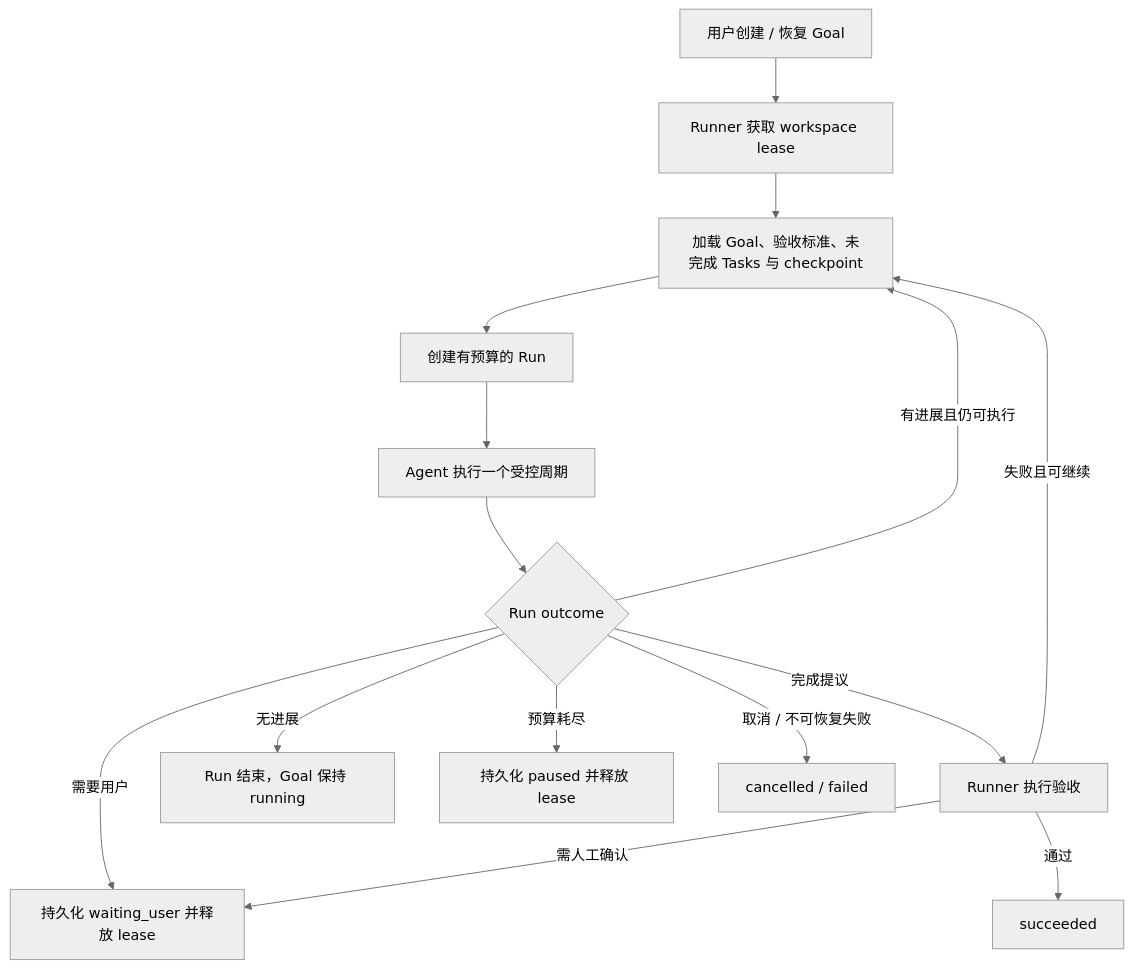
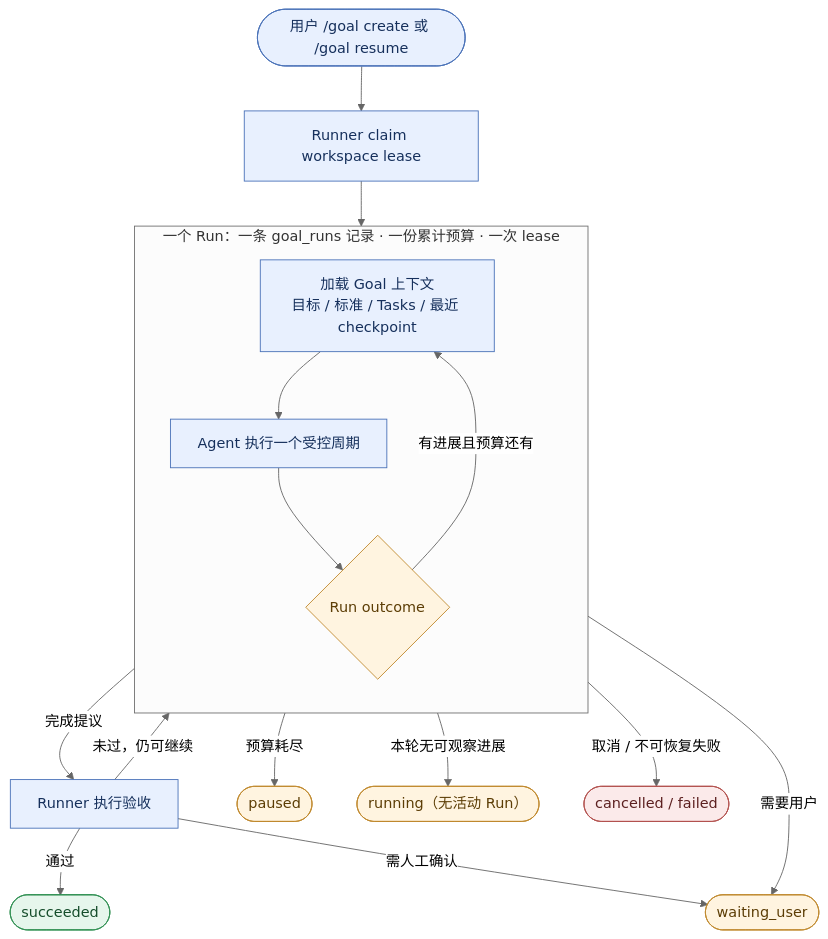
The second of 2 diagrams in book/28_chapter_goal_zh.md (rust-infra/tact), drawn with Mermaid (neutral theme) before and after one commit. The commit also changed other lines of this file and 23 other files, not shown here.

First line of the commit message:
fix(goal): tell a gone lease holder from an unreadable one

````diff
--- a/book/28_chapter_goal_zh.md
+++ b/book/28_chapter_goal_zh.md
@@ -178,17 +235,34 @@
 ```mermaid
 flowchart TD
-    user[用户创建 / 恢复 Goal] --> claim[Runner 获取 workspace lease]
-    claim --> load[加载 Goal、验收标准、未完成 Tasks 与 checkpoint]
-    load --> run[创建有预算的 Run]
-    run --> agent[Agent 执行一个受控周期]
-    agent --> outcome{Run outcome}
-    outcome -->|有进展且仍可执行| load
-    outcome -->|需要用户| wait[持久化 waiting_user 并释放 lease]
-    outcome -->|完成提议| verify[Runner 执行验收]
-    verify -->|通过| success[succeeded]
-    verify -->|失败且可继续| load
-    verify -->|需人工确认| wait
-    outcome -->|无进展| keep[Run 结束，Goal 保持 running]
-    outcome -->|预算耗尽| pause[持久化 paused 并释放 lease]
-    outcome -->|取消 / 不可恢复失败| terminal[cancelled / failed]
+    entry(["用户 /goal create 或 /goal resume"]) --> claim["Runner claim workspace lease"]
+    claim --> load
+
+    subgraph run["一个 Run：一条 goal_runs 记录 · 一份累计预算 · 一次 lease"]
+        direction TB
+        load["加载 Goal 上下文<br/>目标 / 标准 / Tasks / 最近 checkpoint"]
+        act["Agent 执行一个受控周期"]
+        outcome{"Run outcome"}
+        load --> act --> outcome
+    end
+
+    outcome -->|"有进展且预算还有"| load
+    outcome -->|"完成提议"| verify["Runner 执行验收"]
+    verify -->|"通过"| success(["succeeded"])
+    verify -->|"未过，仍可继续"| load
+    verify -->|"需人工确认"| wait(["waiting_user"])
+    outcome -->|"需要用户"| wait
+    outcome -->|"预算耗尽"| pause(["paused"])
+    outcome -->|"本轮无可观察进展"| idle(["running（无活动 Run）"])
+    outcome -->|"取消 / 不可恢复失败"| terminal(["cancelled / failed"])
+
+    classDef step fill:#e8f0fe,stroke:#4a72b8,color:#16305c
+    classDef decide fill:#fff4e0,stroke:#c08a2e,color:#5c3d05
+    classDef ok fill:#e6f6ec,stroke:#2f8f52,color:#154d2b
+    classDef halted fill:#fff4e0,stroke:#c08a2e,color:#5c3d05
+    classDef stop fill:#fbeaea,stroke:#b3524f,color:#5c2020
+    class entry,claim,load,act,verify step
+    class outcome decide
+    class success ok
+    class wait,pause,idle halted
+    class terminal stop
 ```
````
